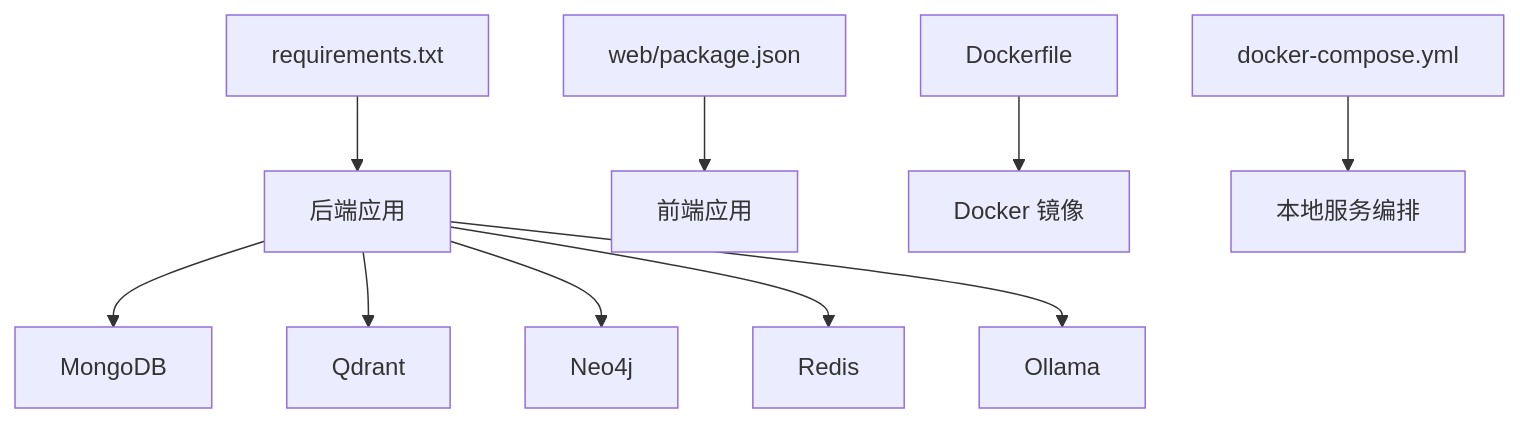
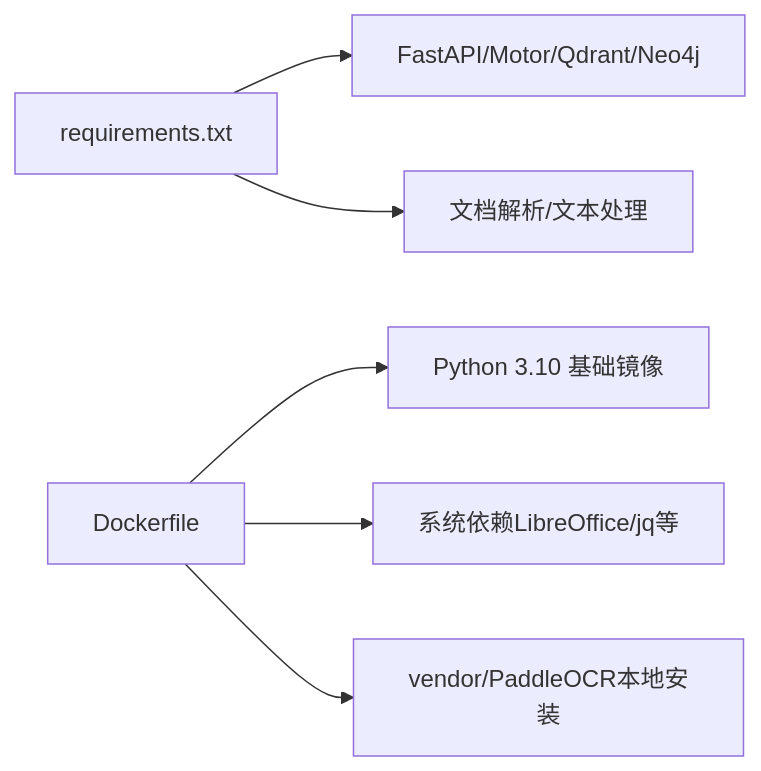
Before and after one commit to iammm0/advanced-rag: the fourth of 4 diagrams in .qoder/repowiki/zh/content/快速开始.md, drawn with Mermaid. The commit also changed other lines of this file and 233 other files, not shown here.

````diff
--- a/.qoder/repowiki/zh/content/快速开始.md
+++ b/.qoder/repowiki/zh/content/快速开始.md
@@ -193,12 +230,8 @@
 ```mermaid
-graph TB
-REQ["requirements.txt"] --> APP["后端应用"]
-WEBPKG["web/package.json"] --> FE["前端应用"]
-DF["Dockerfile"] --> IMG["Docker 镜像"]
-DC["docker-compose.yml"] --> SVC["本地服务编排"]
-APP --> MONGO["MongoDB"]
-APP --> QDRANT["Qdrant"]
-APP --> NEO4J["Neo4j"]
-APP --> REDIS["Redis"]
-APP --> OLLAMA["Ollama"]
+graph LR
+A["requirements.txt"] --> B["FastAPI/Motor/Qdrant/Neo4j"]
+A --> C["文档解析/文本处理"]
+D["Dockerfile"] --> E["Python 3.10 基础镜像"]
+D --> F["系统依赖LibreOffice/jq等"]
+D --> G["vendor/PaddleOCR本地安装"]
 ```
````
